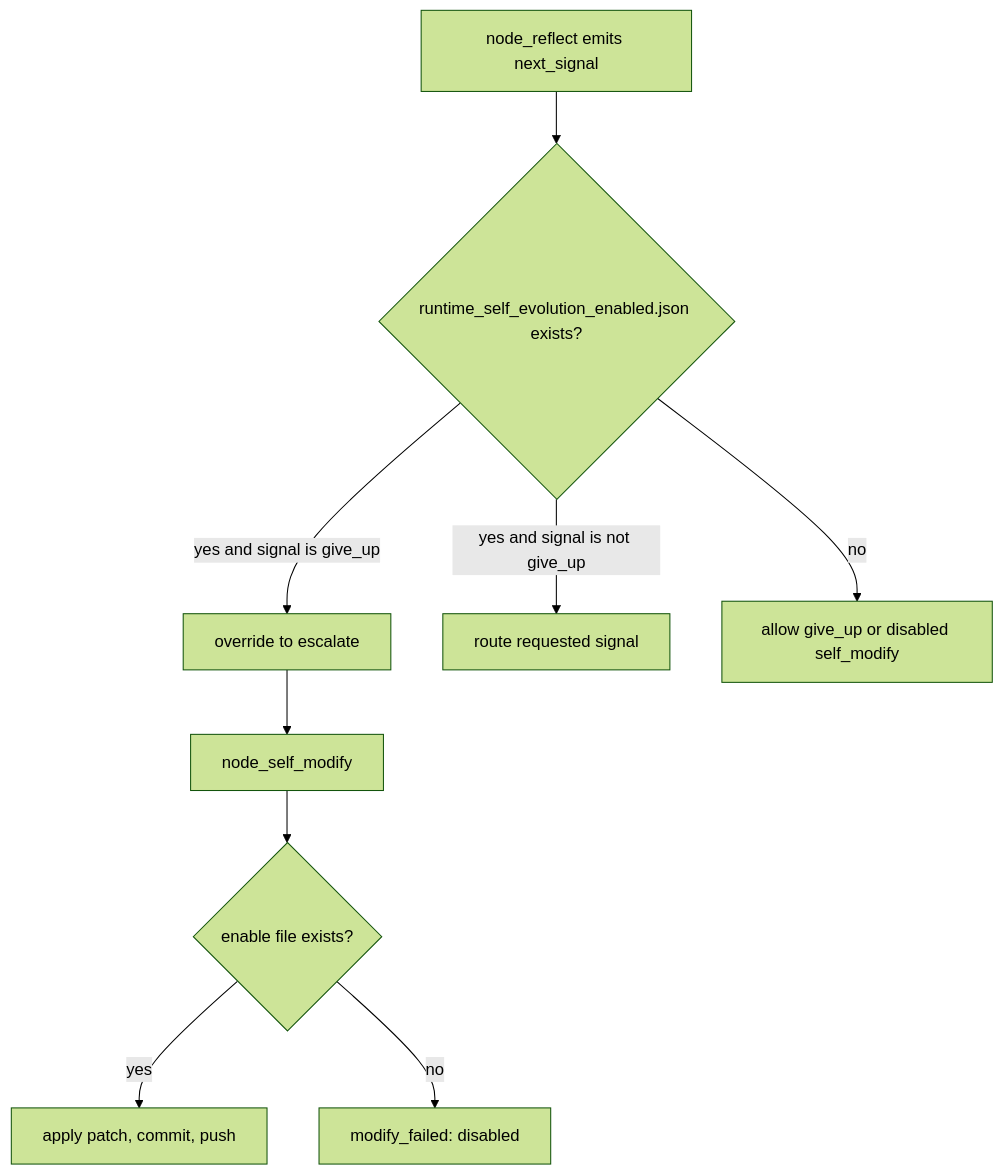
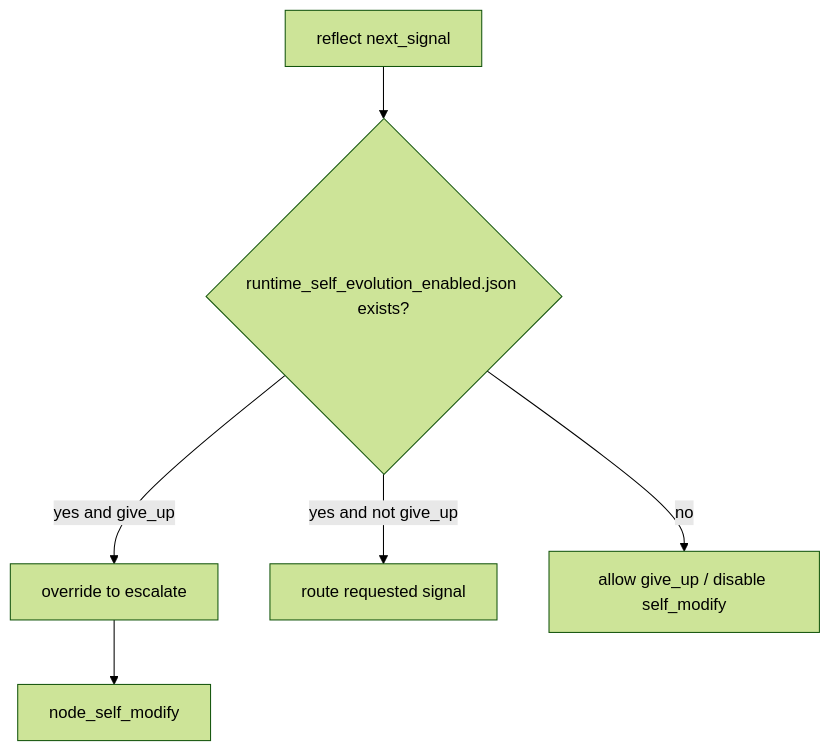
One commit to wgabrys88/endgame-ai changed the fifth of 6 diagrams in README.md. Above: the diagram before and after it, drawn with Mermaid (forest theme). The commit also changed other lines of this file and 6 other files, not shown here.

````diff
--- a/README.md
+++ b/README.md
@@ -115,11 +231,8 @@
 ```mermaid
 flowchart TD
-    Reflect["node_reflect emits next_signal"] --> Check{"runtime_self_evolution_enabled.json exists?"}
-    Check -->|yes and signal is give_up| Escalate["override to escalate"]
-    Check -->|yes and signal is not give_up| Route["route requested signal"]
-    Check -->|no| Allow["allow give_up or disabled self_modify"]
-    Escalate --> SelfModify["node_self_modify"]
-    SelfModify --> Gate{"enable file exists?"}
-    Gate -->|yes| Apply["apply patch, commit, push"]
-    Gate -->|no| Disabled["modify_failed: disabled"]
+    Reflect["reflect next_signal"] --> Gate{"runtime_self_evolution_enabled.json exists?"}
+    Gate -->|yes and give_up| Override["override to escalate"]
+    Gate -->|yes and not give_up| Route["route requested signal"]
+    Gate -->|no| Allow["allow give_up / disable self_modify"]
+    Override --> SelfModify["node_self_modify"]
 ```
````
